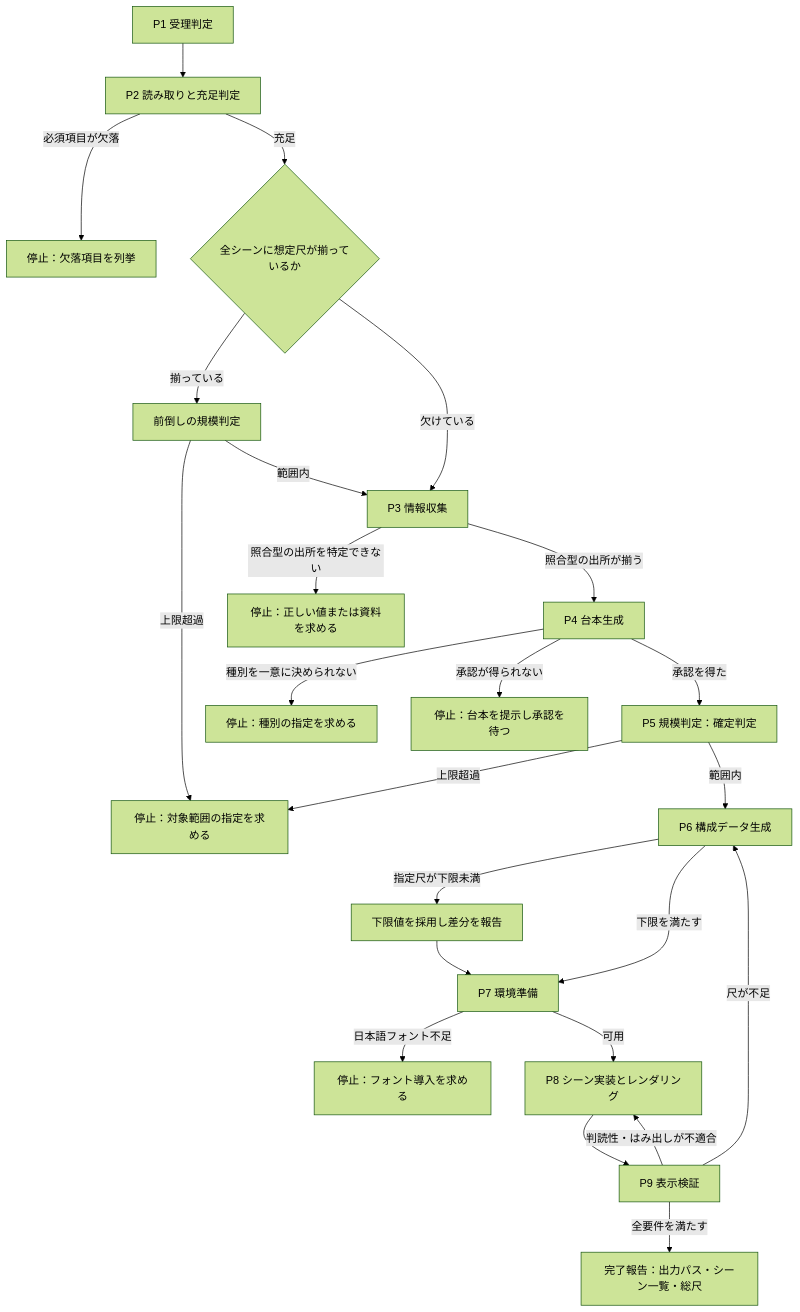
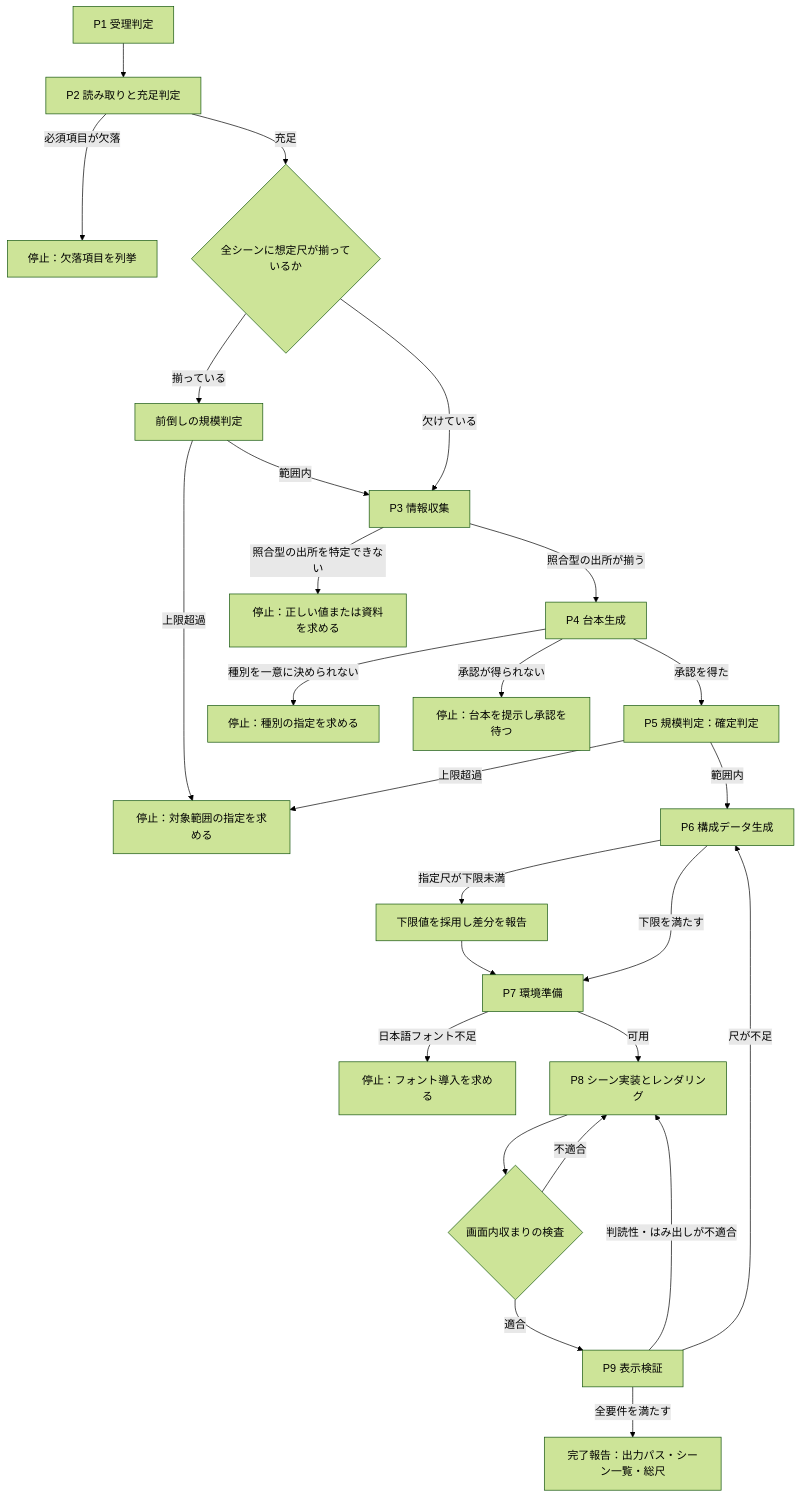
The second of 3 diagrams in requirements.md (rictaworks/spec-to-mp4-video-skill), drawn with Mermaid (forest theme) before and after one commit. The commit also changed other lines of this file and 5 other files, not shown here.

````diff
--- a/requirements.md
+++ b/requirements.md
@@ -315,26 +326,28 @@
 ```mermaid
 flowchart TD
     P1[P1 受理判定] --> P2[P2 読み取りと充足判定]
     P2 -->|必須項目が欠落| S1[停止：欠落項目を列挙]
     P2 -->|充足| P2B{全シーンに想定尺が揃っているか}
     P2B -->|揃っている| P2C[前倒しの規模判定]
     P2B -->|欠けている| P3[P3 情報収集]
     P2C -->|上限超過| S2[停止：対象範囲の指定を求める]
     P2C -->|範囲内| P3
     P3 -->|照合型の出所を特定できない| S4[停止：正しい値または資料を求める]
     P3 -->|照合型の出所が揃う| P4[P4 台本生成]
     P4 -->|種別を一意に決められない| S6[停止：種別の指定を求める]
     P4 -->|承認が得られない| S5[停止：台本を提示し承認を待つ]
     P4 -->|承認を得た| P5[P5 規模判定：確定判定]
     P5 -->|上限超過| S2
     P5 -->|範囲内| P6[P6 構成データ生成]
     P6 -->|指定尺が下限未満| P6B[下限値を採用し差分を報告]
     P6B --> P7[P7 環境準備]
     P6 -->|下限を満たす| P7
     P7 -->|日本語フォント不足| S3[停止：フォント導入を求める]
     P7 -->|可用| P8[P8 シーン実装とレンダリング]
-    P8 --> P9[P9 表示検証]
+    P8 --> P8I{画面内収まりの検査}
+    P8I -->|不適合| P8
+    P8I -->|適合| P9[P9 表示検証]
     P9 -->|判読性・はみ出しが不適合| P8
     P9 -->|尺が不足| P6
     P9 -->|全要件を満たす| R[完了報告：出力パス・シーン一覧・総尺]
 ```
````
